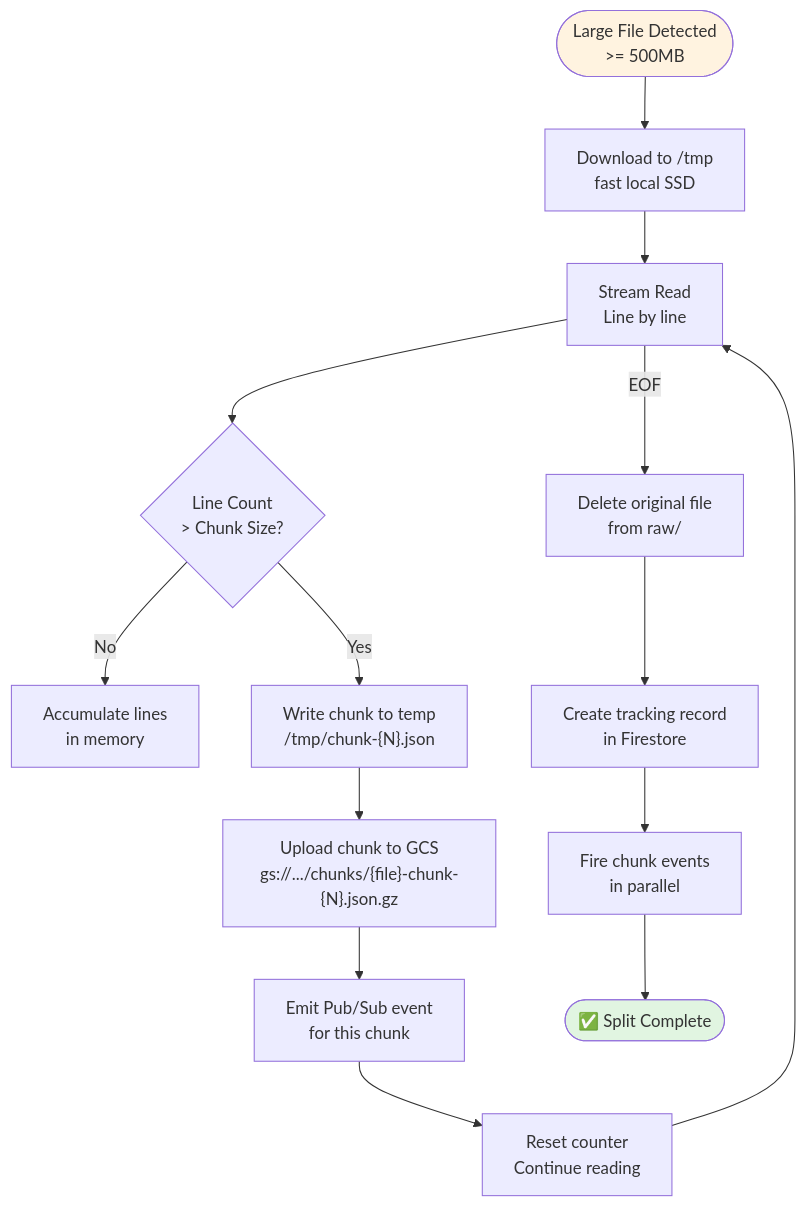
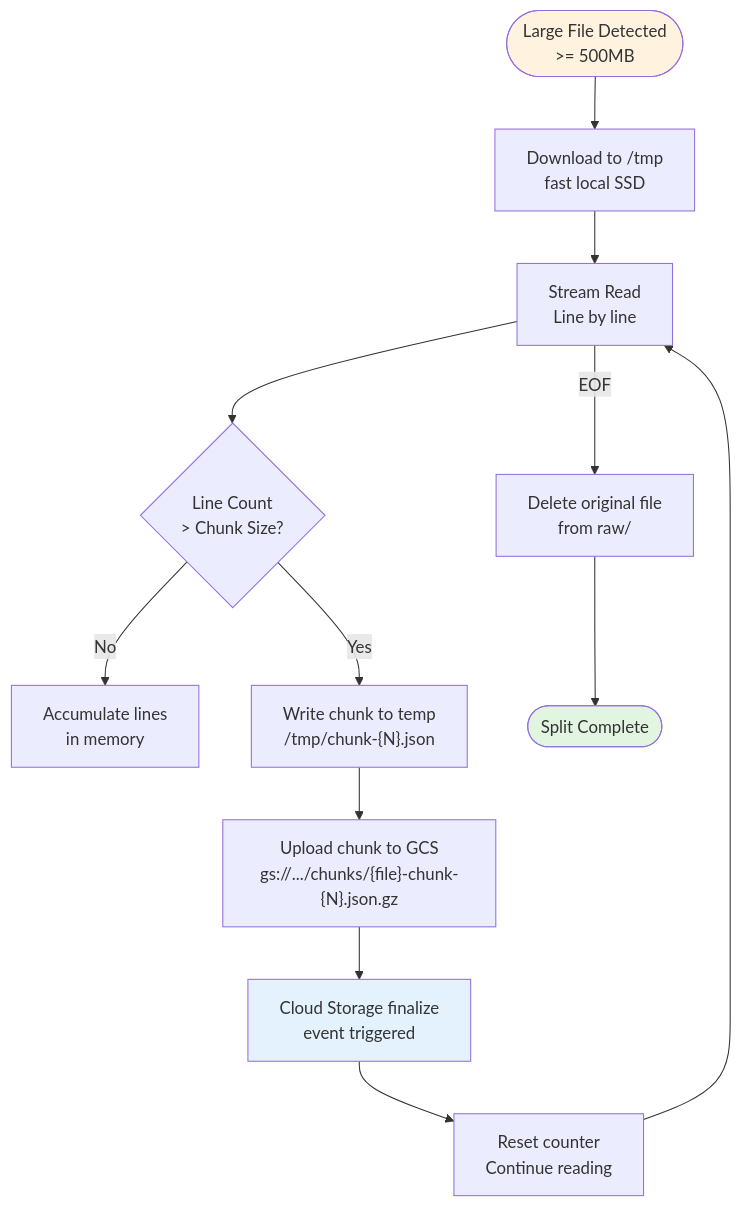
The diagram in design/github_archive/phase2_process_files/diagrams/03_file_splitting.md (prateekpanjla-outlook/gcp_data_proc), drawn with Mermaid before and after one commit. The commit also changed other lines of this file and 56 other files, not shown here.

````diff
--- a/design/github_archive/phase2_process_files/diagrams/03_file_splitting.md
+++ b/design/github_archive/phase2_process_files/diagrams/03_file_splitting.md
@@ -3,30 +3,27 @@
 ```mermaid
 graph TD
     Start(["Large File Detected<br>>= 500MB"]) --> Download[Download to /tmp<br>fast local SSD]
 
     Download --> Stream[Stream Read<br>Line by line]
 
     Stream --> Count{Line Count<br>> Chunk Size?}
 
     Count -->|No| Accumulate[Accumulate lines<br>in memory]
     Count -->|Yes| WriteChunk["Write chunk to temp<br>/tmp/chunk-{N}.json"]
 
     WriteChunk --> Upload["Upload chunk to GCS<br>gs://.../chunks/{file}-chunk-{N}.json.gz"]
 
-    Upload --> Emit[Emit Pub/Sub event<br>for this chunk]
+    Upload --> Finalize[Cloud Storage finalize<br>event triggered]
 
-    Emit --> Reset[Reset counter<br>Continue reading]
+    Finalize --> Reset[Reset counter<br>Continue reading]
 
     Reset --> Stream
 
     Stream -->|EOF| Cleanup[Delete original file<br>from raw/]
 
-    Cleanup --> Track[Create tracking record<br>in Firestore]
-
-    Track --> Fire[Fire chunk events<br>in parallel]
-
-    Fire --> Done([✅ Split Complete])
+    Cleanup --> Done([Split Complete])
 
     style Start fill:#fff3e0
     style Done fill:#e1f5e1
+    style Finalize fill:#e3f2fd
 ```
````
